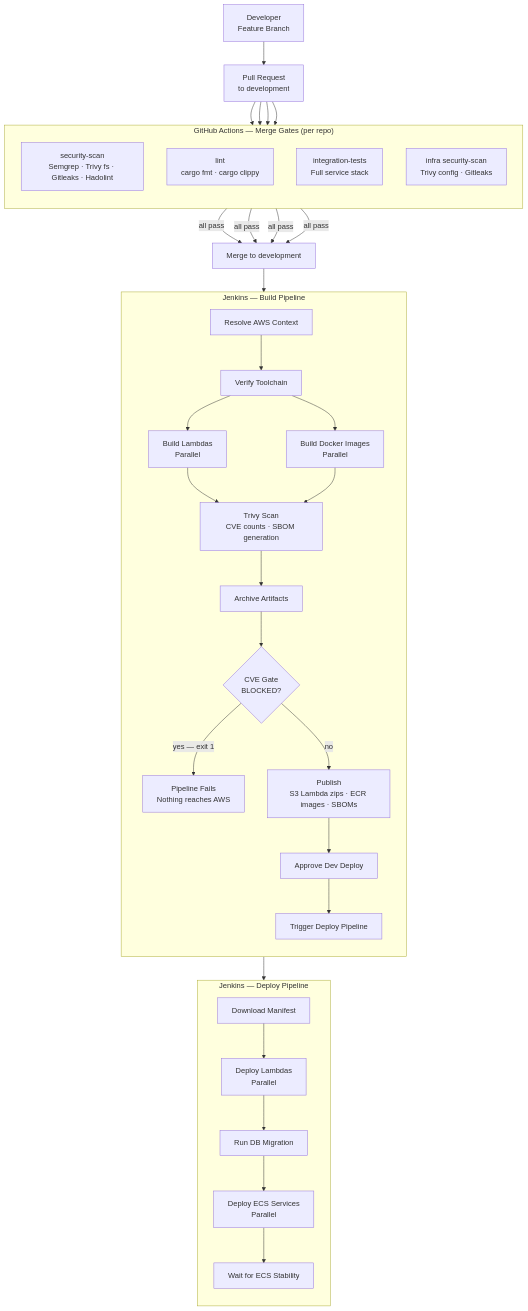
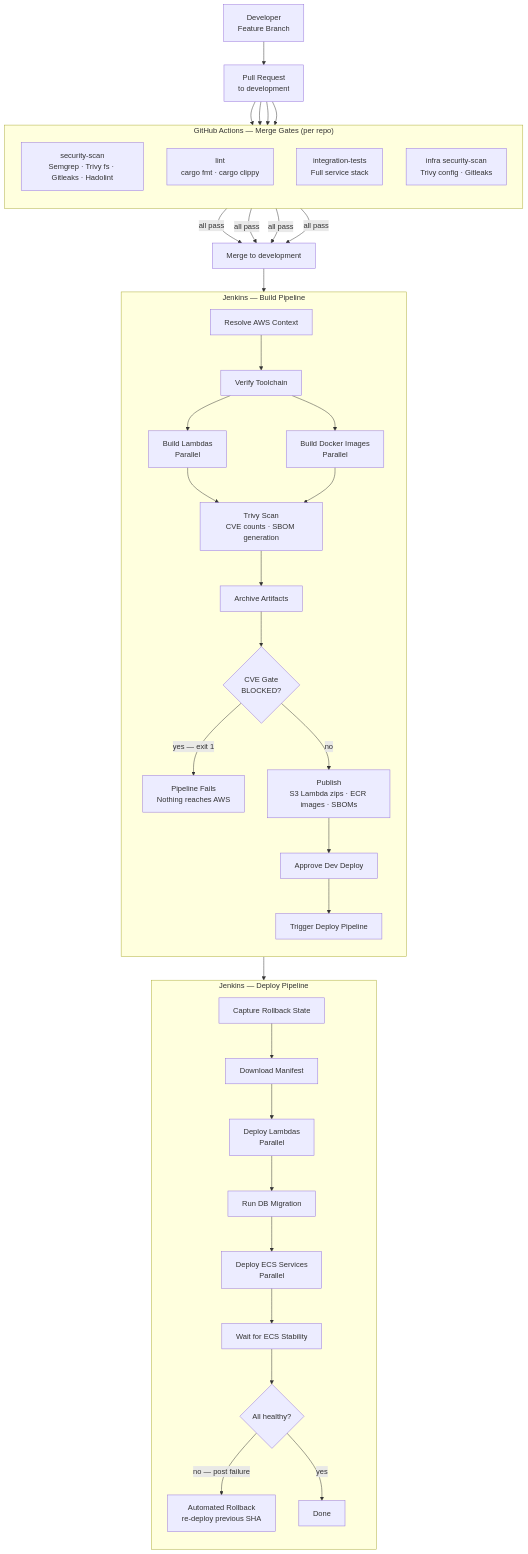
The second of 2 diagrams in README.md (Ikechi980/aws-devsecops-pipeline), drawn with Mermaid before and after one commit. The commit also changed other lines of this file and 1 other file, not shown here.

Commit message:
update READMEs to reflect GuardDuty and automated rollback additions
- Deploy pipeline diagram now shows Capture Rollback State as the first
  stage and the automated rollback path on failure
- Security controls table gains two new rows: GuardDuty runtime
  security and automated rollback
- infra/README.md directory layout adds guardduty.tf

````diff
--- a/README.md
+++ b/README.md
@@ -108,43 +108,47 @@
 ```mermaid
 flowchart TD
     DEV[Developer\nFeature Branch] --> PR[Pull Request\nto development]
 
     subgraph GHA["GitHub Actions — Merge Gates (per repo)"]
         direction TB
         SEC[security-scan\nSemgrep · Trivy fs · Gitleaks · Hadolint]
         LINT[lint\ncargo fmt · cargo clippy]
         TEST[integration-tests\nFull service stack]
         INFRA_SEC[infra security-scan\nTrivy config · Gitleaks]
     end
 
     PR --> SEC & LINT & TEST
     PR --> INFRA_SEC
 
     SEC & LINT & TEST & INFRA_SEC -->|all pass| MERGE[Merge to development]
 
     MERGE --> JENKINS
 
     subgraph JENKINS["Jenkins — Build Pipeline"]
         direction TB
         J1[Resolve AWS Context] --> J2[Verify Toolchain]
         J2 --> J3[Build Lambdas\nParallel]
         J2 --> J4[Build Docker Images\nParallel]
         J3 & J4 --> J5[Trivy Scan\nCVE counts · SBOM generation]
         J5 --> J6[Archive Artifacts]
         J6 --> J7{CVE Gate\nBLOCKED?}
         J7 -->|yes — exit 1| FAIL[Pipeline Fails\nNothing reaches AWS]
         J7 -->|no| J8[Publish\nS3 Lambda zips · ECR images · SBOMs]
         J8 --> J9[Approve Dev Deploy]
         J9 --> J10[Trigger Deploy Pipeline]
     end
 
     subgraph DEPLOY["Jenkins — Deploy Pipeline"]
         direction TB
-        D1[Download Manifest] --> D2[Deploy Lambdas\nParallel]
-        D2 --> D3[Run DB Migration]
-        D3 --> D4[Deploy ECS Services\nParallel]
-        D4 --> D5[Wait for ECS Stability]
+        D1[Capture Rollback State] --> D2[Download Manifest]
+        D2 --> D3[Deploy Lambdas\nParallel]
+        D3 --> D4[Run DB Migration]
+        D4 --> D5[Deploy ECS Services\nParallel]
+        D5 --> D6[Wait for ECS Stability]
+        D6 --> D7{All healthy?}
+        D7 -->|no — post failure| D8[Automated Rollback\nre-deploy previous SHA]
+        D7 -->|yes| D9[Done]
     end
 
     J10 --> DEPLOY
 ```
````
